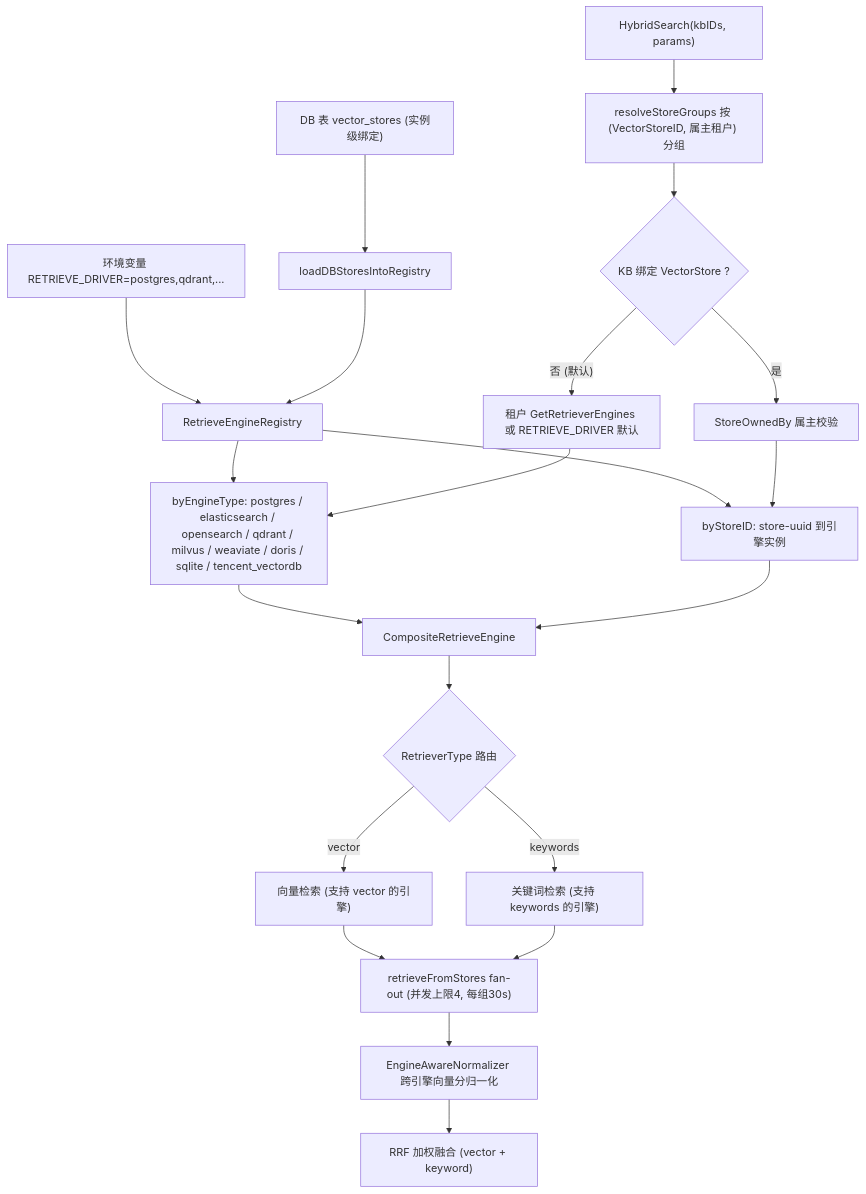
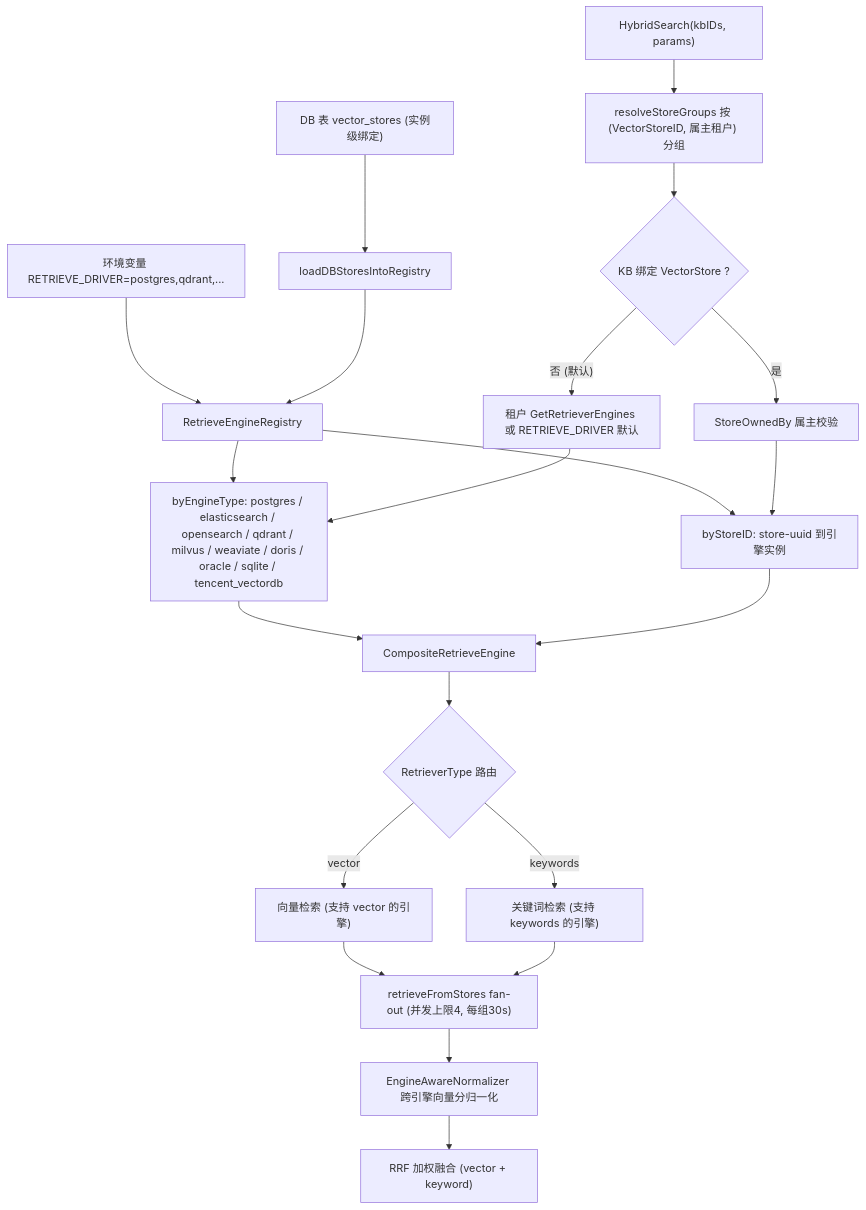
One commit to Tencent/WeKnora changed the first of 2 diagrams in website-docs/03-features/05-retrieval-engines.md. Above: the diagram before and after it, drawn with Mermaid. The commit also changed other lines of this file and 47 other files, not shown here.

````diff
--- a/website-docs/03-features/05-retrieval-engines.md
+++ b/website-docs/03-features/05-retrieval-engines.md
@@ -100,24 +102,24 @@
 ```mermaid
 flowchart TD
     ENV["环境变量 RETRIEVE_DRIVER=postgres,qdrant,..."] --> REG
     DB["DB 表 vector_stores (实例级绑定)"] --> LOAD["loadDBStoresIntoRegistry"]
     LOAD --> REG["RetrieveEngineRegistry"]
-    REG --> BET["byEngineType: postgres / elasticsearch / opensearch / qdrant / milvus / weaviate / doris / sqlite / tencent_vectordb"]
+    REG --> BET["byEngineType: postgres / elasticsearch / opensearch / qdrant / milvus / weaviate / doris / oracle / sqlite / tencent_vectordb"]
     REG --> BSI["byStoreID: store-uuid 到引擎实例"]
 
     Q["HybridSearch(kbIDs, params)"] --> GRP["resolveStoreGroups 按 (VectorStoreID, 属主租户) 分组"]
     GRP --> F1{"KB 绑定 VectorStore ?"}
     F1 -- "否 (默认)" --> TEN["租户 GetRetrieverEngines 或 RETRIEVE_DRIVER 默认"]
     TEN --> BET
     F1 -- "是" --> OWN["StoreOwnedBy 属主校验"]
     OWN --> BSI
     BET --> COMP["CompositeRetrieveEngine"]
     BSI --> COMP
     COMP --> RT{"RetrieverType 路由"}
     RT -- "vector" --> VE["向量检索 (支持 vector 的引擎)"]
     RT -- "keywords" --> KE["关键词检索 (支持 keywords 的引擎)"]
     VE --> FAN["retrieveFromStores fan-out (并发上限4, 每组30s)"]
     KE --> FAN
     FAN --> NORM["EngineAwareNormalizer 跨引擎向量分归一化"]
     NORM --> RRF["RRF 加权融合 (vector + keyword)"]
 ```
````
